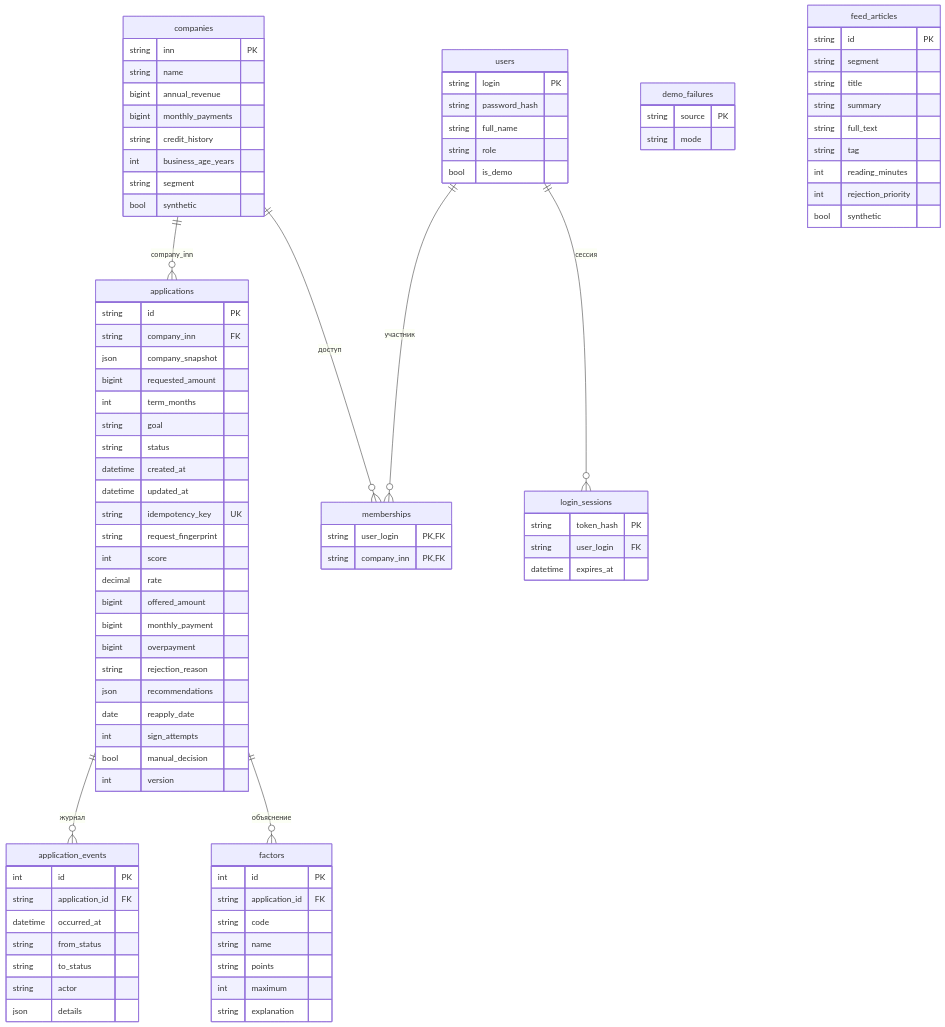
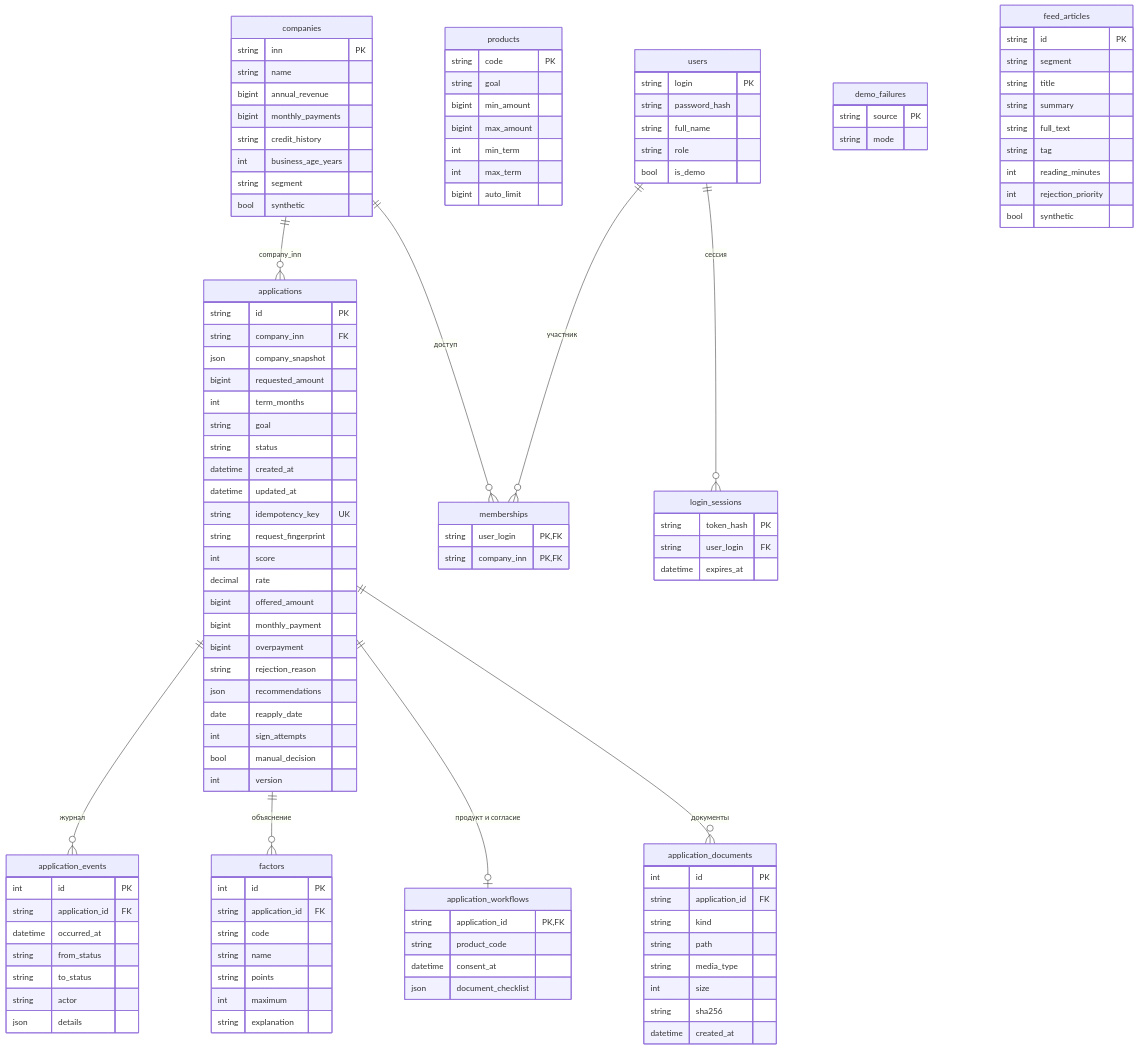
One commit to arsapeworldwide/alpha-hack changed the diagram in docs/DATA_MODEL.md. Above: the diagram before and after it, drawn with Mermaid. The commit also changed other lines of this file and 18 other files, not shown here.

```diff
--- a/docs/DATA_MODEL.md
+++ b/docs/DATA_MODEL.md
@@ -5,6 +5,33 @@
     companies ||--o{ applications : "company_inn"
     applications ||--o{ application_events : "журнал"
     applications ||--o{ factors : "объяснение"
+    applications ||--o| application_workflows : "продукт и согласие"
+    applications ||--o{ application_documents : "документы"
+    products {
+        string code PK
+        string goal
+        bigint min_amount
+        bigint max_amount
+        int min_term
+        int max_term
+        bigint auto_limit
+    }
+    application_workflows {
+        string application_id PK,FK
+        string product_code
+        datetime consent_at
+        json document_checklist
+    }
+    application_documents {
+        int id PK
+        string application_id FK
+        string kind
+        string path
+        string media_type
+        int size
+        string sha256
+        datetime created_at
+    }
     users ||--o{ memberships : "участник"
     companies ||--o{ memberships : "доступ"
     users ||--o{ login_sessions : "сессия"
```
